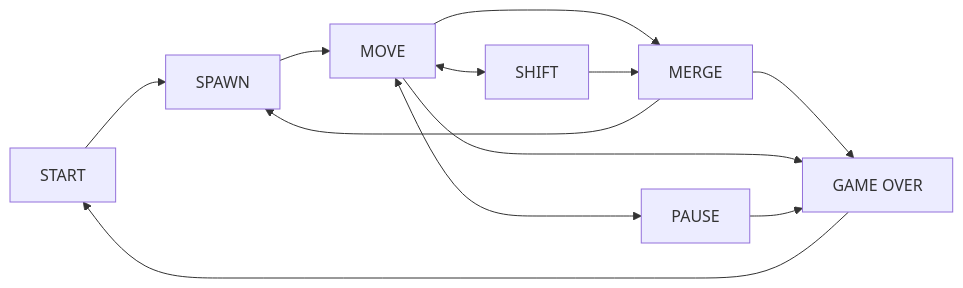
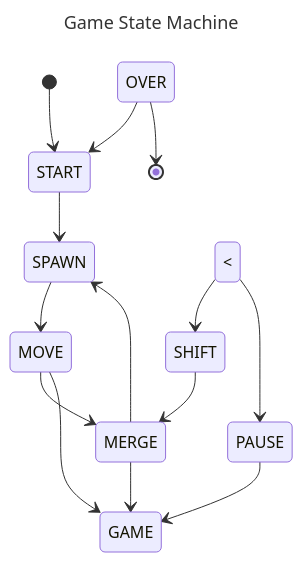
Before and after one commit to suzettemyrna/tetris-c: the diagram in README.md, drawn with Mermaid.

````diff
--- a/README.md
+++ b/README.md
@@ -131,14 +131,19 @@
 ```mermaid
-flowchart LR
-    A[START] --> B[SPAWN]
-    B --> C[MOVE]
-    C --> D[MERGE]
-    D --> E[GAME OVER]
-    C <--> F[SHIFT]
-    C <--> G[PAUSE]
-    C --> E
-    G --> E
-    F --> D
-    D --> B
-    E --> A
+---
+title: Game State Machine
+---
+stateDiagram-v2
+    [*] --> START
+    START --> SPAWN
+    SPAWN --> MOVE
+    MOVE --> MERGE
+    MERGE --> GAME OVER
+    MOVE <--> SHIFT
+    MOVE <--> PAUSE
+    MOVE --> GAME OVER
+    PAUSE --> GAME OVER
+    SHIFT --> MERGE
+    MERGE --> SPAWN
+    GAME OVER --> START
+    GAME OVER --> [*]
 ```
````
